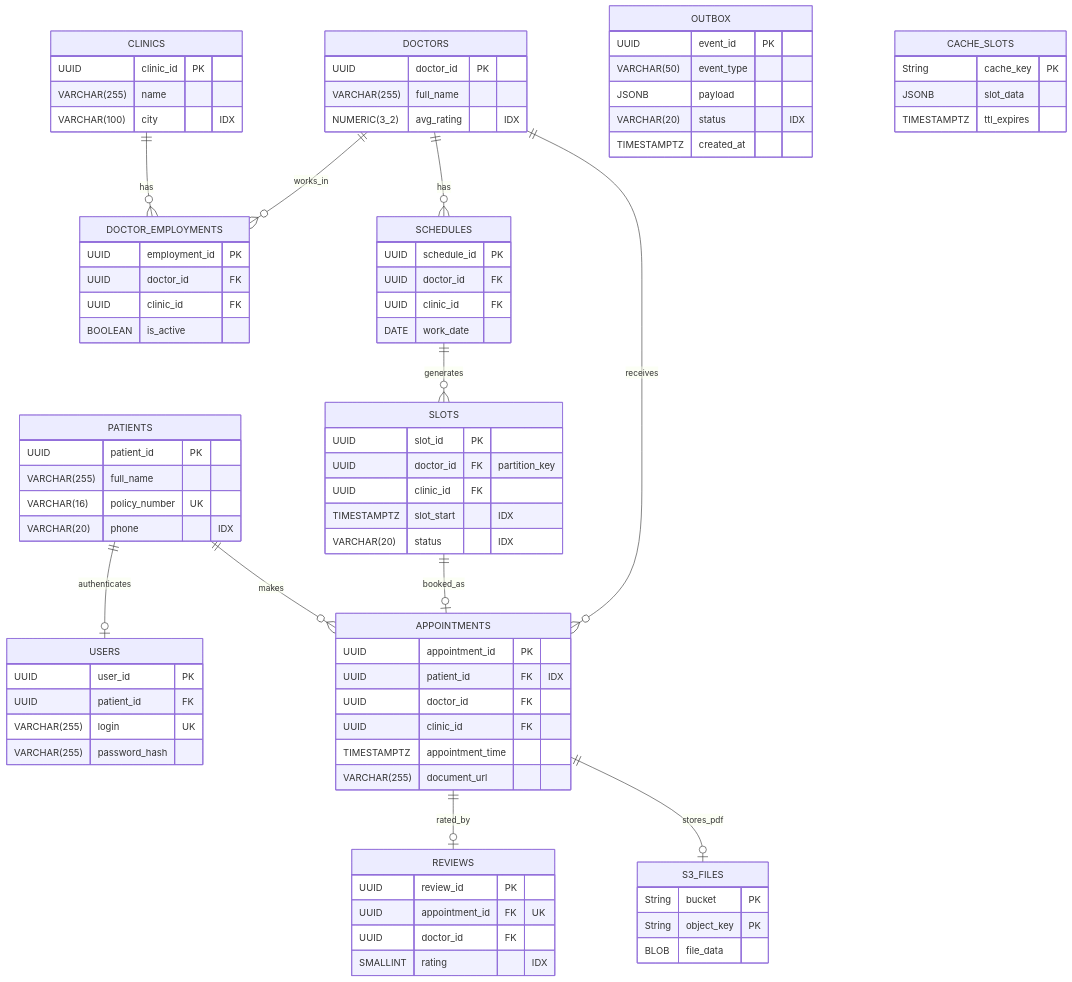
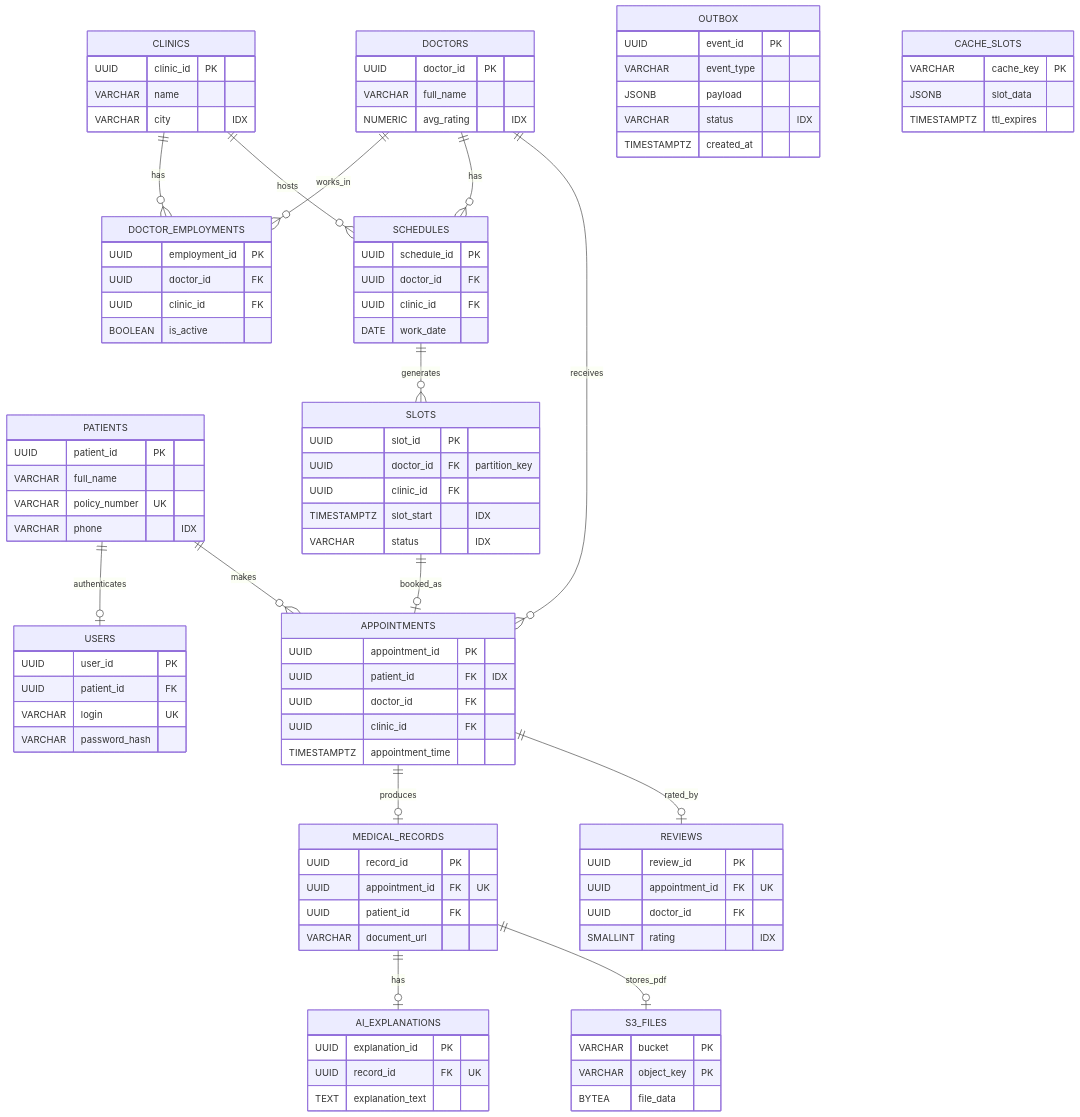
One commit to jmark1518/highload_2026 changed the second of 2 diagrams in README.md. Above: the diagram before and after it, drawn with Mermaid.

````diff
--- a/README.md
+++ b/README.md
@@ -465,25 +465,25 @@
 erDiagram
     PATIENTS {
         UUID patient_id PK
-        VARCHAR(255) full_name
-        VARCHAR(16) policy_number UK
-        VARCHAR(20) phone "IDX"
+        VARCHAR full_name
+        VARCHAR policy_number UK
+        VARCHAR phone "IDX"
     }
     USERS {
         UUID user_id PK
         UUID patient_id FK
-        VARCHAR(255) login UK
-        VARCHAR(255) password_hash
+        VARCHAR login UK
+        VARCHAR password_hash
     }
     DOCTORS {
         UUID doctor_id PK
-        VARCHAR(255) full_name
-        NUMERIC(3_2) avg_rating "IDX"
+        VARCHAR full_name
+        NUMERIC avg_rating "IDX"
     }
     CLINICS {
         UUID clinic_id PK
-        VARCHAR(255) name
-        VARCHAR(100) city "IDX"
+        VARCHAR name
+        VARCHAR city "IDX"
     }
     DOCTOR_EMPLOYMENTS {
         UUID employment_id PK
@@ -502,7 +502,7 @@
         UUID doctor_id FK "partition_key"
         UUID clinic_id FK
         TIMESTAMPTZ slot_start "IDX"
-        VARCHAR(20) status "IDX"
+        VARCHAR status "IDX"
     }
     APPOINTMENTS {
         UUID appointment_id PK
@@ -510,7 +510,17 @@
         UUID doctor_id FK
         UUID clinic_id FK
         TIMESTAMPTZ appointment_time
-        VARCHAR(255) document_url
+    }
+    MEDICAL_RECORDS {
+        UUID record_id PK
+        UUID appointment_id FK "UK"
+        UUID patient_id FK
+        VARCHAR document_url
+    }
+    AI_EXPLANATIONS {
+        UUID explanation_id PK
+        UUID record_id FK "UK"
+        TEXT explanation_text
     }
     REVIEWS {
         UUID review_id PK
@@ -520,30 +530,33 @@
     }
     OUTBOX {
         UUID event_id PK
-        VARCHAR(50) event_type
+        VARCHAR event_type
         JSONB payload
-        VARCHAR(20) status "IDX"
+        VARCHAR status "IDX"
         TIMESTAMPTZ created_at
     }
     CACHE_SLOTS {
-        String cache_key PK
+        VARCHAR cache_key PK
         JSONB slot_data
         TIMESTAMPTZ ttl_expires
     }
     S3_FILES {
-        String bucket PK
-        String object_key PK
-        BLOB file_data
+        VARCHAR bucket PK
+        VARCHAR object_key PK
+        BYTEA file_data
     }
 
     PATIENTS ||--o| USERS : authenticates
     CLINICS ||--o{ DOCTOR_EMPLOYMENTS : has
     DOCTORS ||--o{ DOCTOR_EMPLOYMENTS : works_in
     DOCTORS ||--o{ SCHEDULES : has
+    CLINICS ||--o{ SCHEDULES : hosts
     SCHEDULES ||--o{ SLOTS : generates
     SLOTS ||--o| APPOINTMENTS : booked_as
     PATIENTS ||--o{ APPOINTMENTS : makes
     DOCTORS ||--o{ APPOINTMENTS : receives
+    APPOINTMENTS ||--o| MEDICAL_RECORDS : produces
+    MEDICAL_RECORDS ||--o| AI_EXPLANATIONS : has
     APPOINTMENTS ||--o| REVIEWS : rated_by
-    APPOINTMENTS ||--o| S3_FILES : stores_pdf
+    MEDICAL_RECORDS ||--o| S3_FILES : stores_pdf
 ```
````
